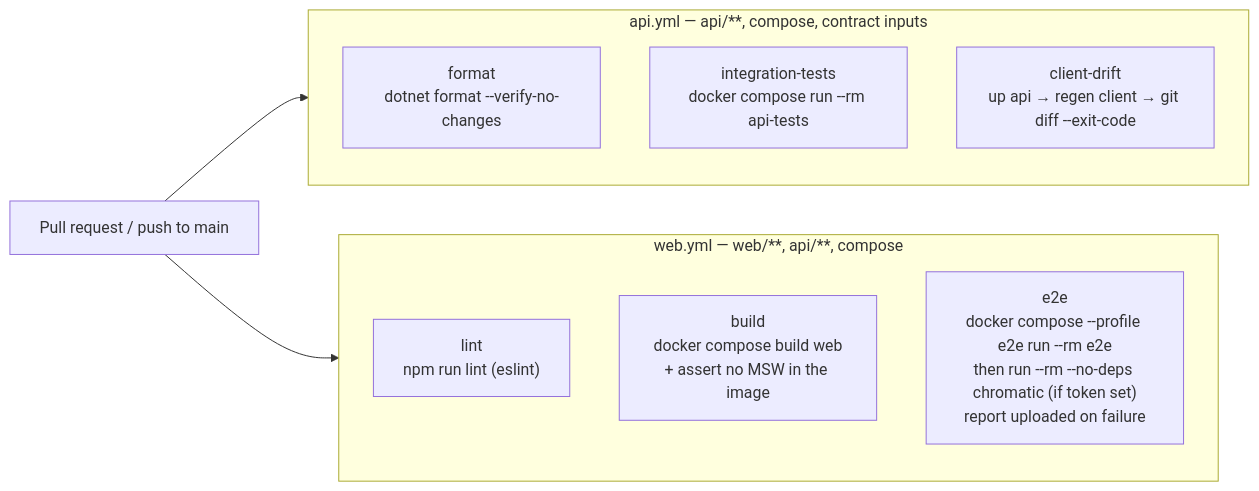
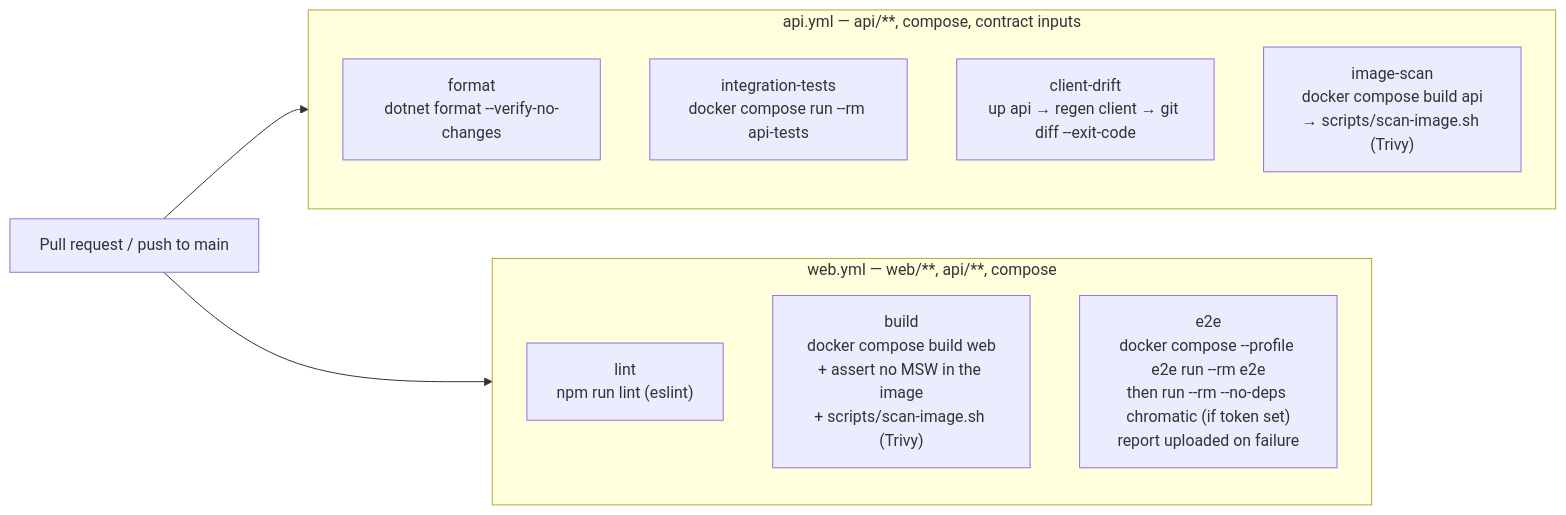
Before and after one commit to l1em1on1/social-tennis: diagram 11 of 11 in docs/architecture.md, drawn with Mermaid. The commit also changed other lines of this file and 5 other files, not shown here.

````diff
--- a/docs/architecture.md
+++ b/docs/architecture.md
@@ -431,14 +431,15 @@
 ```mermaid
 flowchart LR
     subgraph apiwf ["api.yml — api/**, compose, contract inputs"]
         T0["format<br/>dotnet format --verify-no-changes"]
         T1["integration-tests<br/>docker compose run --rm api-tests"]
         T2["client-drift<br/>up api → regen client → git diff --exit-code"]
+        T6["image-scan<br/>docker compose build api<br/>→ scripts/scan-image.sh (Trivy)"]
     end
     subgraph webwf ["web.yml — web/**, api/**, compose"]
         T5["lint<br/>npm run lint (eslint)"]
-        T3["build<br/>docker compose build web<br/>+ assert no MSW in the image"]
+        T3["build<br/>docker compose build web<br/>+ assert no MSW in the image<br/>+ scripts/scan-image.sh (Trivy)"]
         T4["e2e<br/>docker compose --profile e2e run --rm e2e<br/>then run --rm --no-deps chromatic (if token set)<br/>report uploaded on failure"]
     end
     PR[Pull request / push to main] --> apiwf & webwf
 ```
````
